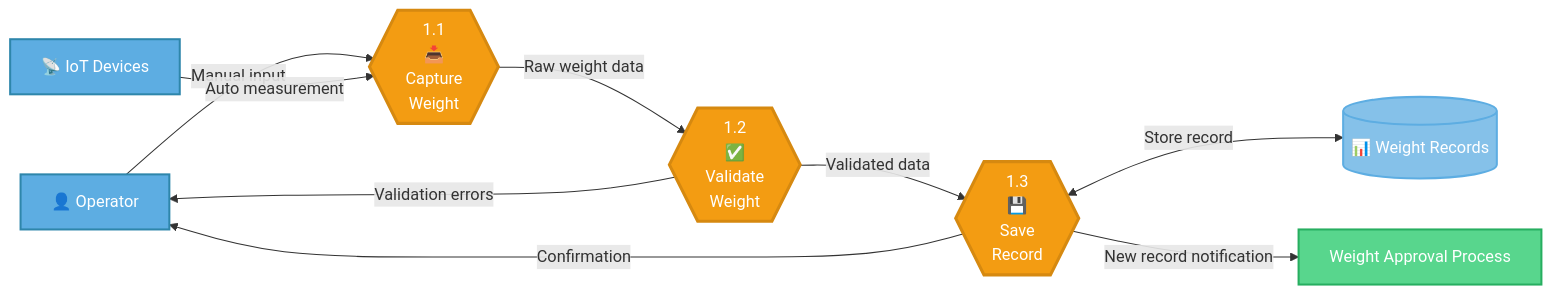
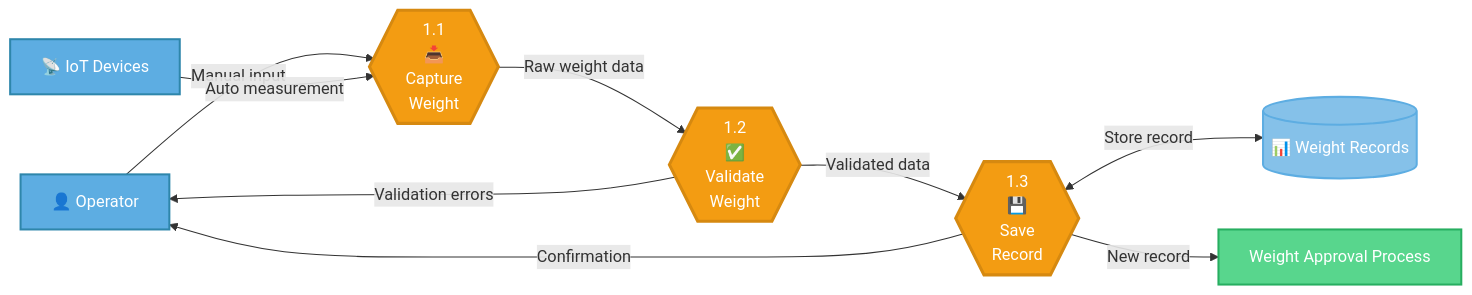
Before and after one commit to badadarr/veroscale-app: the third of 9 diagrams in docs/visual-data-flow-diagrams.md, drawn with Mermaid. The commit also changed other lines of this file and 12 other files, not shown here.

````diff
--- a/docs/visual-data-flow-diagrams.md
+++ b/docs/visual-data-flow-diagrams.md
@@ -115,36 +114,36 @@
 ```mermaid
 graph LR
     %% External Entities
     OP[👤 Operator]
     IOT[📡 IoT Devices]
-    
+
     %% Sub-processes
     CW{{"1.1<br/>📥<br/>Capture<br/>Weight"}}
     VW{{"1.2<br/>✅<br/>Validate<br/>Weight"}}
     SR{{"1.3<br/>💾<br/>Save<br/>Record"}}
-    
+
     %% Data Store
     WDB[(📊 Weight Records)]
-    
+
     %% Data Flows
     OP -->|Manual input| CW
     IOT -->|Auto measurement| CW
     CW -->|Raw weight data| VW
     VW -->|Validated data| SR
     VW -->|Validation errors| OP
-    
+
     SR <-->|Store record| WDB
     SR -->|Confirmation| OP
-    SR -->|New record notification| WA[Weight Approval Process]
-    
+    SR -->|New record | WA[Weight Approval Process]
+
     %% Styling
     classDef actor fill:#5DADE2,stroke:#2E86AB,stroke-width:2px,color:#fff
     classDef process fill:#F39C12,stroke:#D68910,stroke-width:3px,color:#fff
     classDef storage fill:#85C1E9,stroke:#5DADE2,stroke-width:2px,color:#fff
     classDef external fill:#58D68D,stroke:#27AE60,stroke-width:2px,color:#fff
-    
+
     class OP,IOT actor
     class CW,VW,SR process
     class WDB storage
     class WA external
 ```
````
